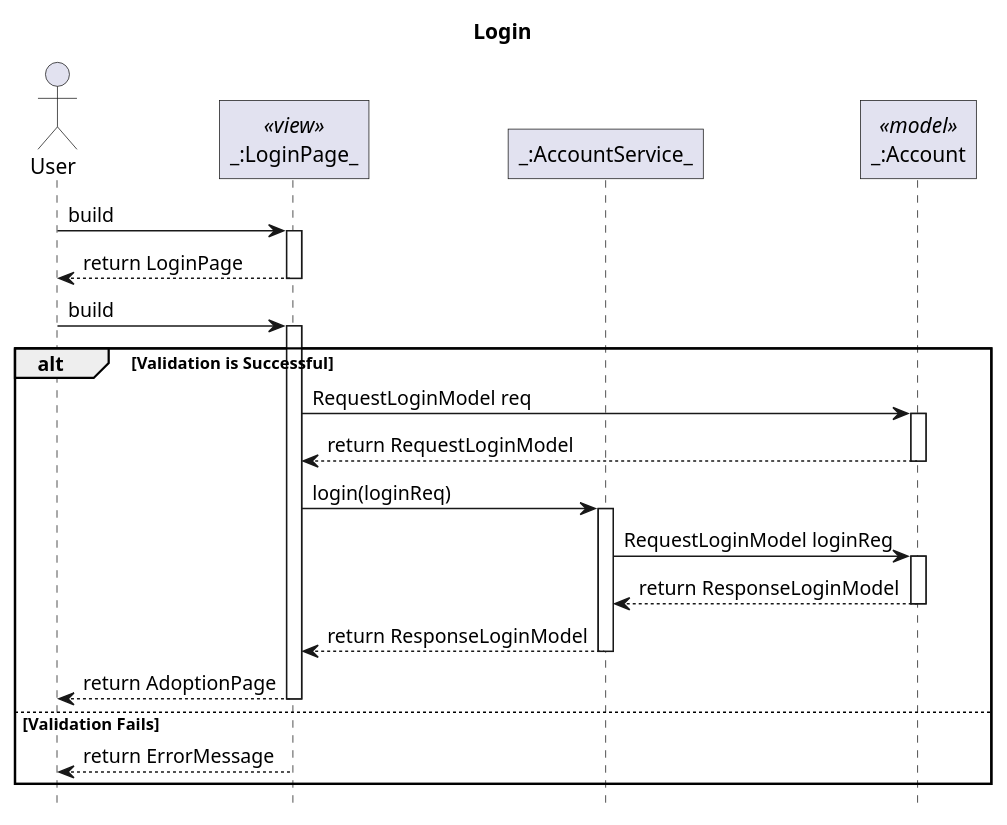
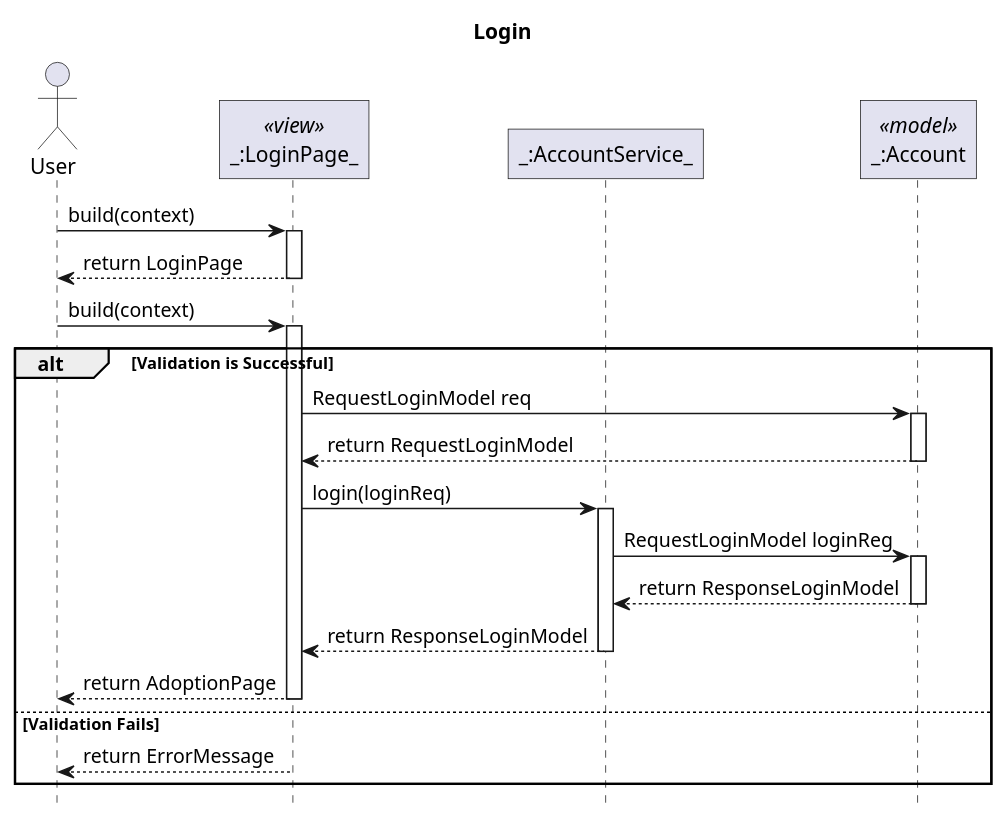
One commit to sharoncedila/FO_woofers changed the diagram in lib/plantuml/login.puml. Above: the diagram before and after it, drawn with PlantUML. The commit also changed 24 other files, not shown here.

```diff
--- a/lib/plantuml/login.puml
+++ b/lib/plantuml/login.puml
@@ -1,36 +1,36 @@
 @startuml Login
 ' Global param
 title Login
 autoactivate on
 
 ' Global style configuration
 skinparam RoundCorner 0
 hide footbox
 
 ' Sequence participant configuration
 actor User
 participant "_:LoginPage_" as Page <<view>>
 participant "_:AccountService_" as Service
 participant "_:Account" as Model <<model>>
 
 
 ' Sequence diagram
-User -> Page: build
+User -> Page: build(context)
 User <-- Page: return LoginPage
-User -> Page: build
+User -> Page: build(context)
 alt Validation is Successful
 Page -> Model: RequestLoginModel req
 Page <-- Model: return RequestLoginModel
 Page -> Service: login(loginReq)
 Service -> Model: RequestLoginModel loginReg
 Service <-- Model: return ResponseLoginModel
 Page <-- Service: return ResponseLoginModel
 User <-- Page: return AdoptionPage
 else Validation Fails
     User <-- Page: return ErrorMessage
 end
 
 
 
 
 @enduml
```
